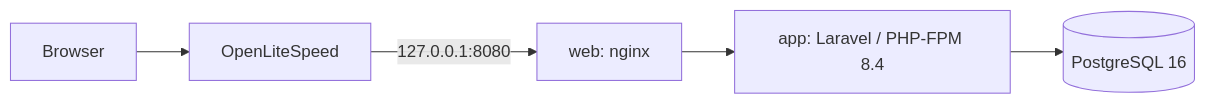
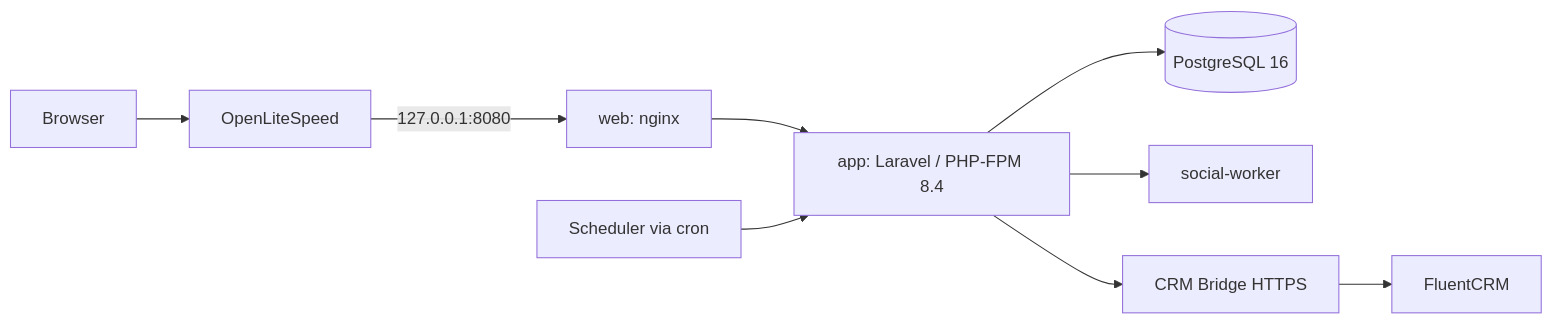
The first of 2 diagrams in docs/ARCHITECTURE.md (soyjavierquiroz/jakawi-100), drawn with Mermaid before and after one commit. The commit also changed other lines of this file and 27 other files, not shown here.

````diff
--- a/docs/ARCHITECTURE.md
+++ b/docs/ARCHITECTURE.md
@@ -5,7 +5,11 @@
 ```mermaid
 flowchart LR
   B[Browser] --> OLS[OpenLiteSpeed]
   OLS -->|127.0.0.1:8080| W[web: nginx]
   W --> A[app: Laravel / PHP-FPM 8.4]
   A --> DB[(PostgreSQL 16)]
+  A --> SW[social-worker]
+  SC[Scheduler via cron] --> A
+  A --> CB[CRM Bridge HTTPS]
+  CB --> CRM[FluentCRM]
 ```
````
